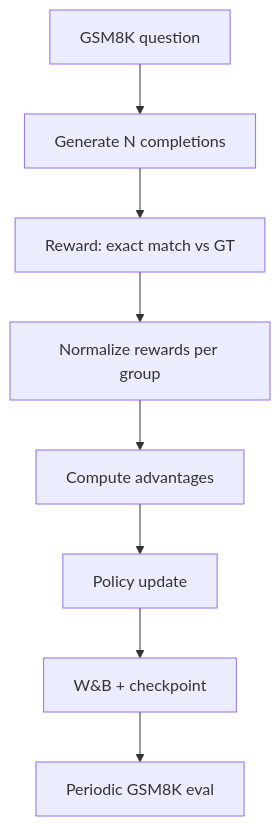
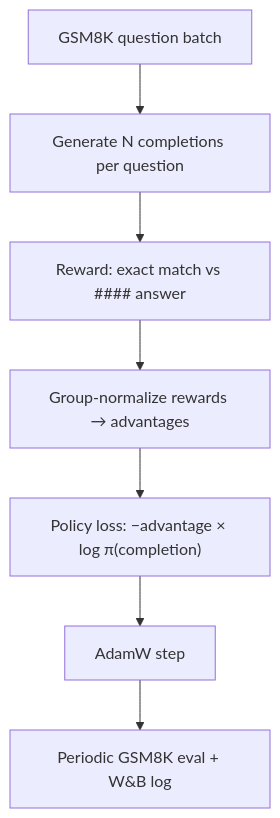
One commit to sanketsans/rlvr changed the diagram in README.md. Above: the diagram before and after it, drawn with Mermaid. The commit also changed other lines of this file and 4 other files, not shown here.

````diff
--- a/README.md
+++ b/README.md
@@ -59,10 +180,9 @@
 ```mermaid
 flowchart TD
-  Q[GSM8K question] --> G[Generate N completions]
-  G --> R[Reward: exact match vs GT]
-  R --> N[Normalize rewards per group]
-  N --> A[Compute advantages]
-  A --> U[Policy update]
-  U --> W[W&B + checkpoint]
-  W --> E[Periodic GSM8K eval]
+  Q[GSM8K question batch] --> G[Generate N completions per question]
+  G --> R[Reward: exact match vs #### answer]
+  R --> A[Group-normalize rewards → advantages]
+  A --> L["Policy loss: −advantage × log π(completion)"]
+  L --> U[AdamW step]
+  U --> E[Periodic GSM8K eval + W&B log]
 ```
````
